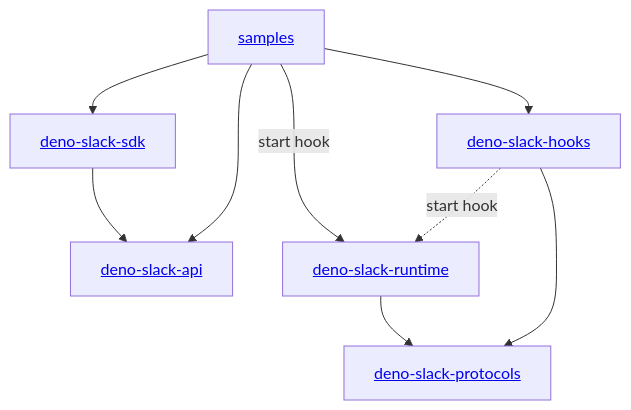
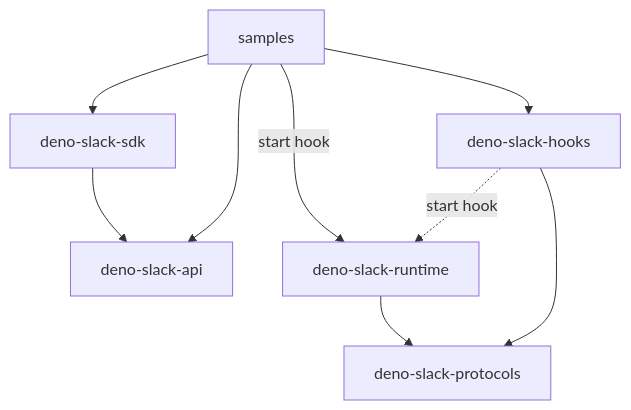
One commit to slackapi/deno-slack-sdk changed the diagram in .github/maintainers_guide.md. Above: the diagram before and after it, drawn with Mermaid.

Commit message:
improved dependency graph clarity

````diff
--- a/.github/maintainers_guide.md
+++ b/.github/maintainers_guide.md
@@ -148,11 +148,18 @@
 ```mermaid
 flowchart TD
-    A[<a href='https://github.com/slack-samples/deno-hello-world'>samples</a>] --> B[<a href='https://github.com/slackapi/deno-slack-sdk'>deno-slack-sdk</a>]
-    A --> C[<a href='https://github.com/slackapi/deno-slack-api'>deno-slack-api</a>]
-    A -- start hook --> E[<a href='https://github.com/slackapi/deno-slack-runtime'>deno-slack-runtime</a>]
-    A --> D[<a href='https://github.com/slackapi/deno-slack-hooks'>deno-slack-hooks</a>]
-    D -. start hook .-> E
-    B --> C
-    D --> F[<a href='https://github.com/slackapi/deno-slack-protocols'>deno-slack-protocols</a>]
-    E --> F
+    samples --> deno-slack-sdk
+    samples --> deno-slack-api
+    samples -- start hook --> deno-slack-runtime
+    samples --> deno-slack-hooks
+    deno-slack-hooks -. start hook .-> deno-slack-runtime
+    deno-slack-sdk --> deno-slack-api
+    deno-slack-hooks --> deno-slack-protocols
+    deno-slack-runtime --> deno-slack-protocols
+    
+    click samples "https://github.com/slack-samples/deno-hello-world"
+    click deno-slack-sdk "https://github.com/slackapi/deno-slack-sdk"
+    click deno-slack-api "https://github.com/slackapi/deno-slack-api"
+    click deno-slack-runtime "https://github.com/slackapi/deno-slack-runtime"
+    click deno-slack-hooks "https://github.com/slackapi/deno-slack-hooks"
+    click deno-slack-protocols "https://github.com/slackapi/deno-slack-protocols"
 ```
````
